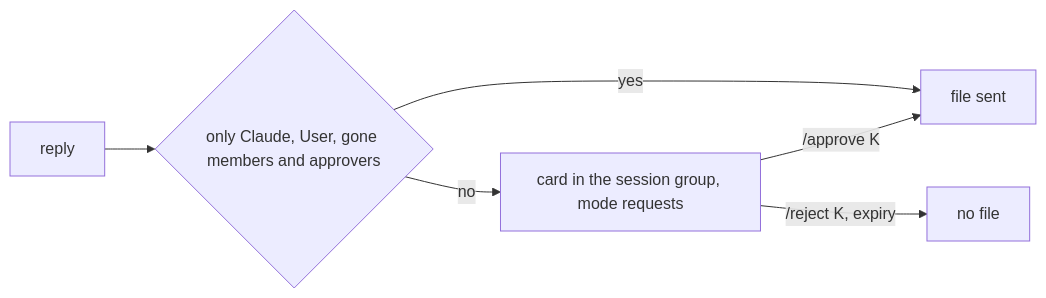
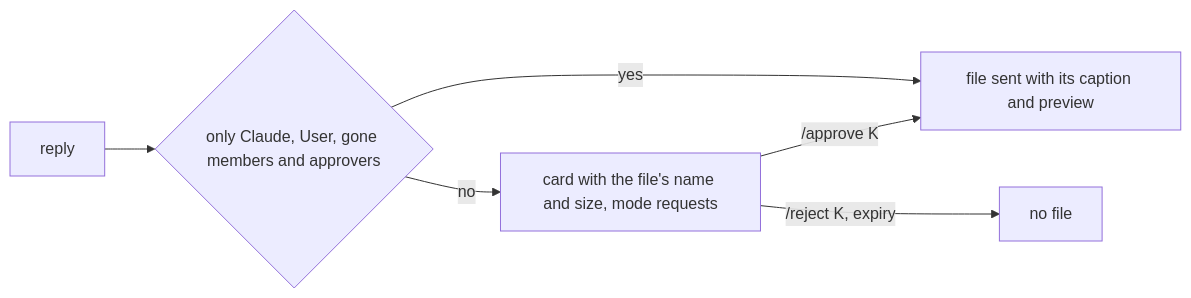
One commit to simplex-chat/simplex-chat changed diagram 13 of 24 in plans/2026-11-07-mcp-claude-code-channel.md. Above: the diagram before and after it, drawn with Mermaid. The commit also changed other lines of this file, not shown here.

Commit message:
plan: resumes after deletion, User's group, unattended runs, reply cards

````diff
--- a/plans/2026-11-07-mcp-claude-code-channel.md
+++ b/plans/2026-11-07-mcp-claude-code-channel.md
@@ -501,8 +546,8 @@
 ```mermaid
 flowchart LR
   R[reply] --> C{only Claude, User, gone members and approvers}
-  C -- yes --> S[file sent]
-  C -- no --> K[card in the session group, mode requests]
+  C -- yes --> S[file sent with its caption and preview]
+  C -- no --> K[card with the file's name and size, mode requests]
   K -- /approve K --> S
   K -- /reject K, expiry --> E[no file]
 ```
````
